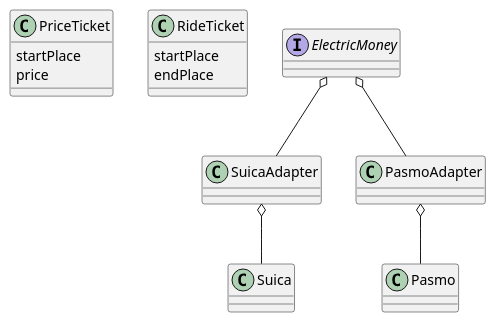
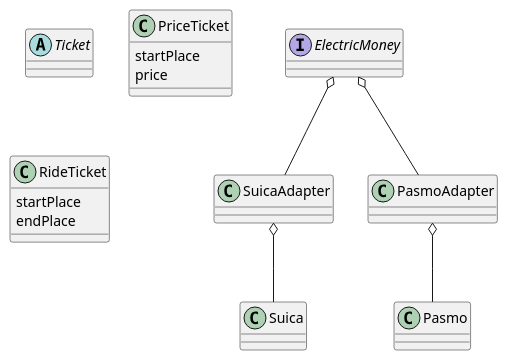
One commit to yatakeke/modeling-training changed the diagram in ticket-gate.puml. Above: the diagram before and after it, drawn with PlantUML.

Commit message:
切符に関しての処理は共通化されているものがほとんど多いため

```diff
--- a/ticket-gate.puml
+++ b/ticket-gate.puml
@@ -1,35 +1,37 @@
 @startuml
-'https://plantuml.com/class-diagram
+
+abstract class Ticket {
+}
 
 class PriceTicket {
 startPlace
 price
 }
 
 class RideTicket {
 startPlace
 endPlace
 }
 
 Interface ElectricMoney {
 }
 
 ElectricMoney o-- SuicaAdapter
 ElectricMoney o-- PasmoAdapter
 
 class SuicaAdapter {
 }
 SuicaAdapter o-- Suica
 
 class Suica {
 }
 
 class PasmoAdapter {
 }
 
 PasmoAdapter o-- Pasmo
 
 class Pasmo {
 }
 
 @enduml
```
